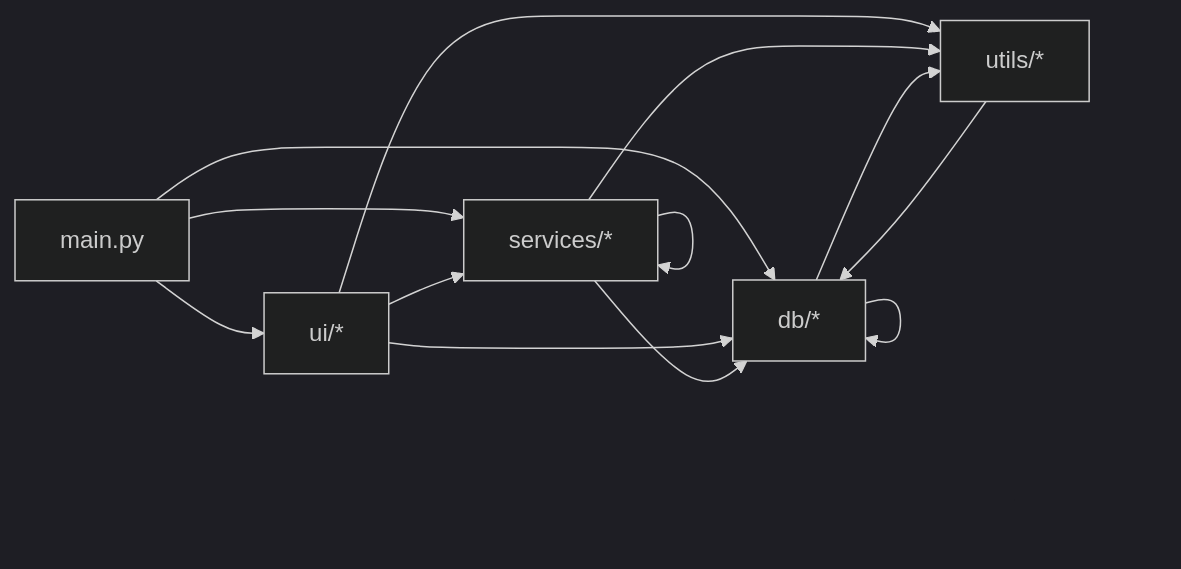
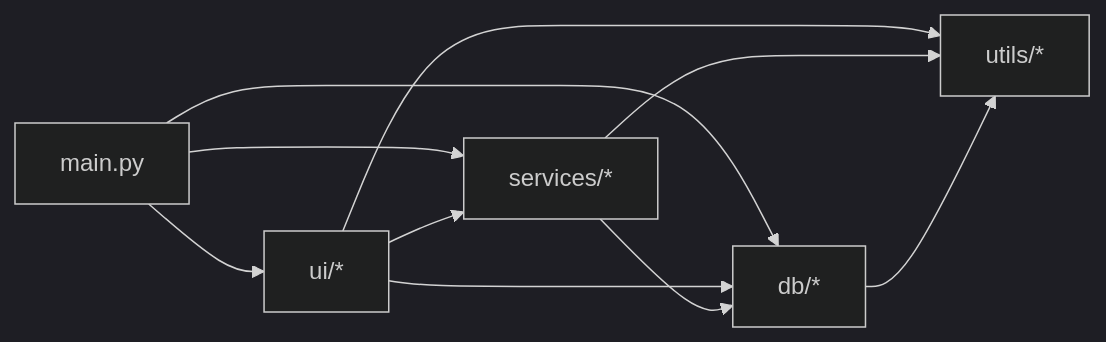
Before and after one commit to sansquer77/BF1Homol: the second of 2 diagrams in docs/MAPA_MENTAL_MODULOS.md, drawn with Mermaid (dark theme). The commit also changed other lines of this file, not shown here.

````diff
--- a/docs/MAPA_MENTAL_MODULOS.md
+++ b/docs/MAPA_MENTAL_MODULOS.md
@@ -66,25 +93,21 @@
 ```mermaid
 graph LR
   MAIN[main.py]
   UI[ui/*]
   SVC[services/*]
   DB[db/*]
   UTL[utils/*]
 
   MAIN --> UI
   MAIN --> SVC
   MAIN --> DB
 
   UI --> SVC
   UI --> DB
   UI --> UTL
 
   SVC --> DB
   SVC --> UTL
-  SVC --> SVC
 
-  DB --> DB
   DB --> UTL
-
-  UTL --> DB
 ```
````
